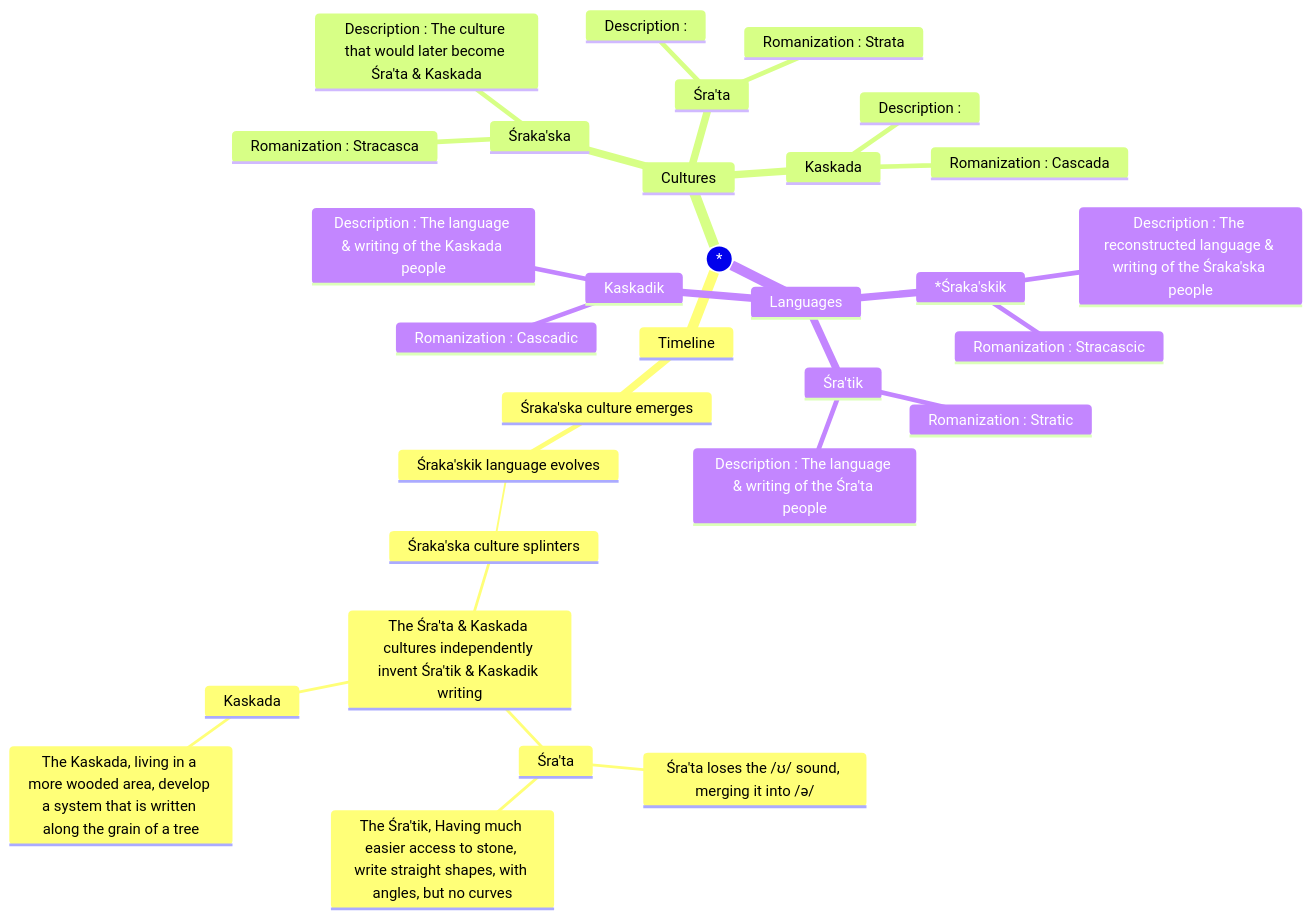
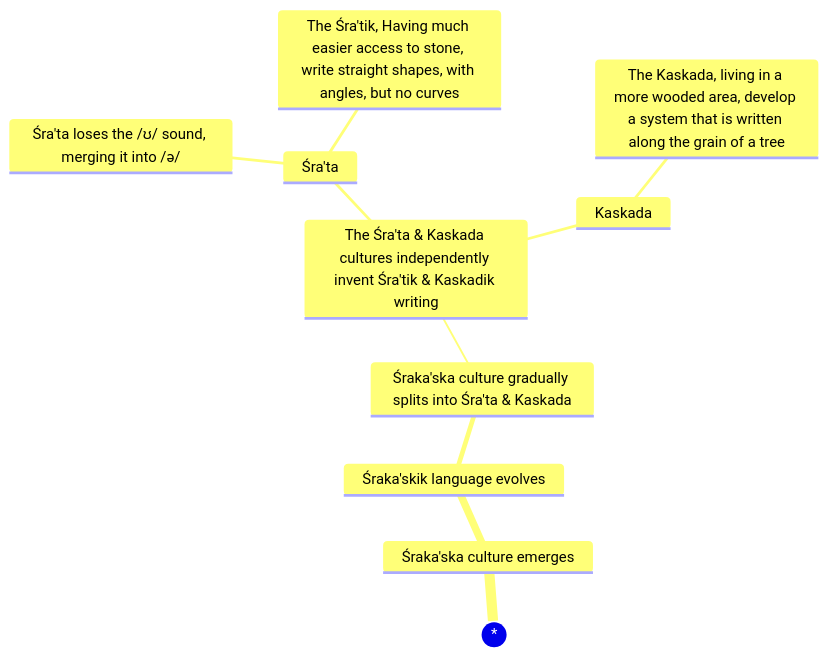
One commit to JactusTheCactus/conscript-font-gen changed the first of 5 diagrams in mermaid.md. Above: the diagram before and after it, drawn with Mermaid. The commit also changed other lines of this file and 11 other files, not shown here.

```diff
--- a/mermaid.md
+++ b/mermaid.md
@@ -1,34 +2,13 @@
 :::mermaid
 mindmap
 ((*))
-	Timeline
-		Śraka'ska culture emerges
-			Śraka'skik language evolves
-				Śraka'ska culture splinters
-					The Śra'ta & Kaskada cultures independently invent Śra'tik & Kaskadik writing
-						Śra'ta
-							Śra'ta loses the /ʊ/ sound, merging it into /ə/
-							The Śra'tik, Having much easier access to stone, write straight shapes, with angles, but no curves
-						Kaskada
-							The Kaskada, living in a more wooded area, develop a system that is written along the grain of a tree
-	Cultures
-		Śraka'ska
-			Romanization : Stracasca
-			Description : The culture that would later become Śra'ta & Kaskada
-		Śra'ta
-			Romanization : Strata
-			Description : 
-		Kaskada
-			Romanization : Cascada
-			Description : 
-	Languages
-		*Śraka'skik
-			Romanization : Stracascic
-			Description : The reconstructed language & writing of the Śraka'ska people
-		Śra'tik
-			Romanization : Stratic
-			Description : The language & writing of the Śra'ta people
-		Kaskadik
-			Romanization : Cascadic
-			Description : The language & writing of the Kaskada people
+	Śraka'ska culture emerges
+		Śraka'skik language evolves
+			Śraka'ska culture gradually splits into Śra'ta & Kaskada
+				The Śra'ta & Kaskada cultures independently invent Śra'tik & Kaskadik writing
+					Śra'ta
+						Śra'ta loses the /ʊ/ sound, merging it into /ə/
+						The Śra'tik, Having much easier access to stone, write straight shapes, with angles, but no curves
+					Kaskada
+						The Kaskada, living in a more wooded area, develop a system that is written along the grain of a tree
 :::
```
